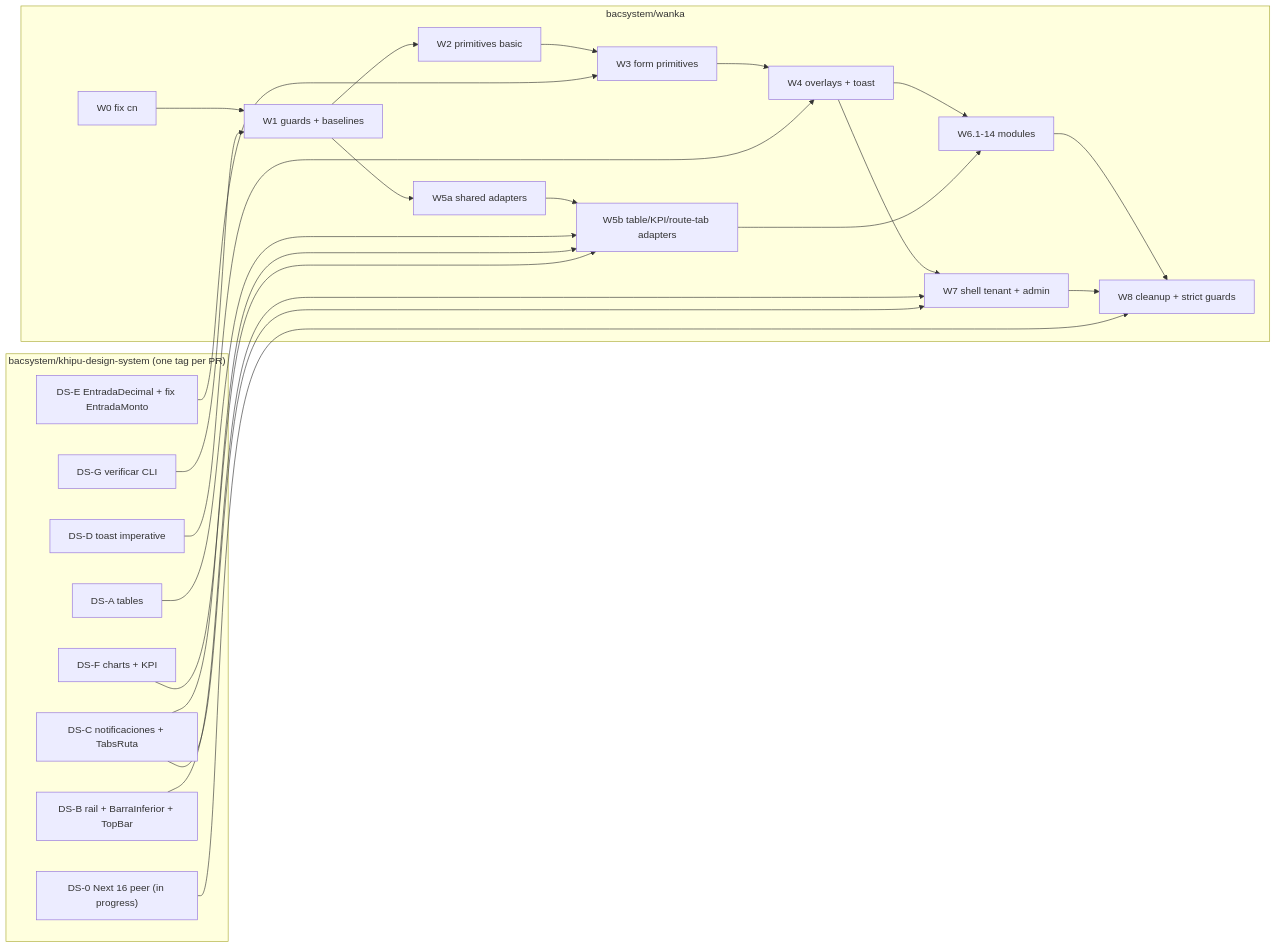
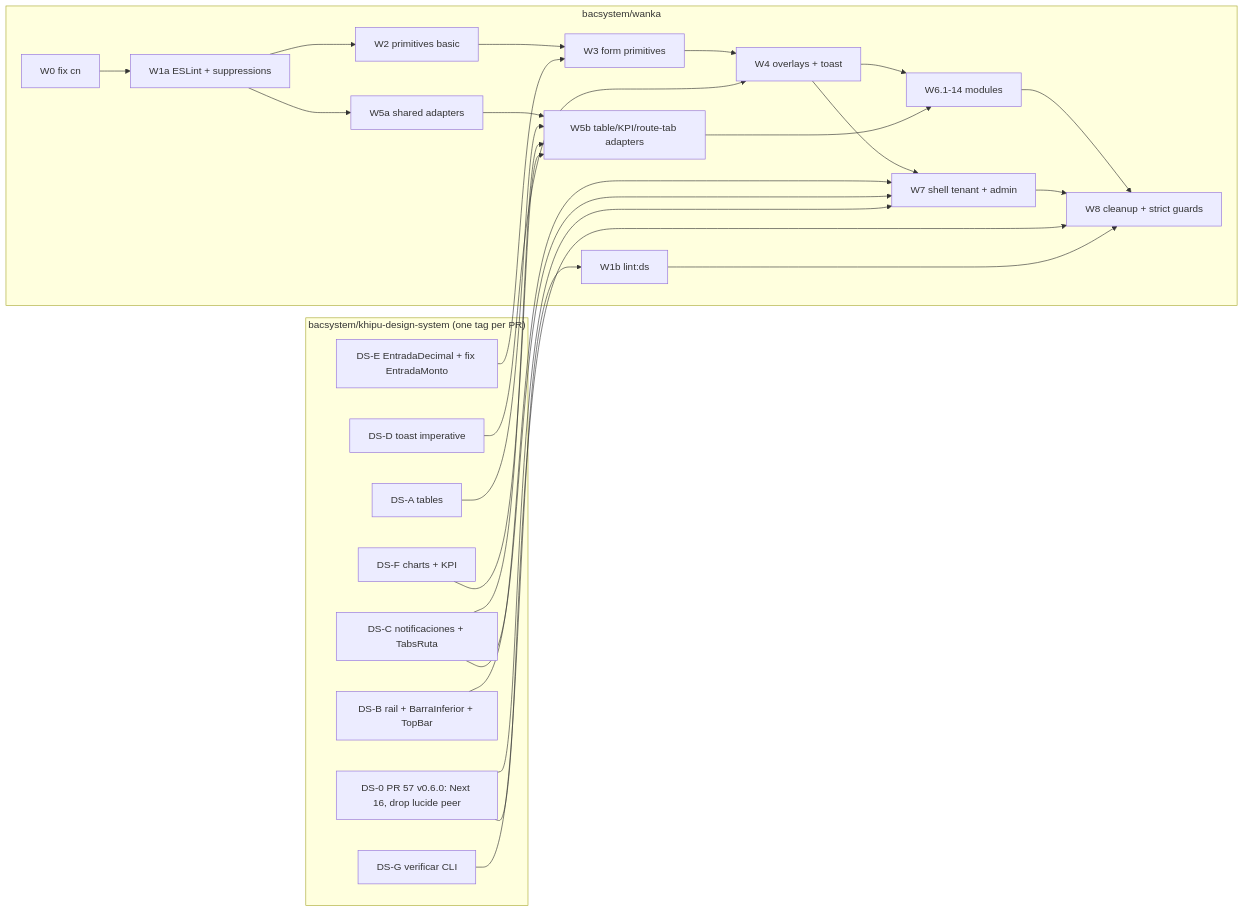
Before and after one commit to bacsystem/wanka: the diagram in docs/frontend-migration-khipu.mmd, drawn with Mermaid. The commit also changed 2 other files, not shown here.

```diff
--- a/docs/frontend-migration-khipu.mmd
+++ b/docs/frontend-migration-khipu.mmd
@@ -1,41 +1,44 @@
 flowchart LR
   subgraph DS["bacsystem/khipu-design-system (one tag per PR)"]
-    DS0["DS-0 Next 16 peer (in progress)"]
+    DS0["DS-0 PR 57 v0.6.0: Next 16, drop lucide peer"]
     DSG["DS-G verificar CLI"]
     DSA["DS-A tables"]
     DSB["DS-B rail + BarraInferior + TopBar"]
     DSC["DS-C notificaciones + TabsRuta"]
     DSD["DS-D toast imperative"]
     DSE["DS-E EntradaDecimal + fix EntradaMonto"]
     DSF["DS-F charts + KPI"]
   end
   subgraph W["bacsystem/wanka"]
     W0["W0 fix cn"]
-    W1["W1 guards + baselines"]
+    W1a["W1a ESLint + suppressions"]
+    W1b["W1b lint:ds"]
     W2["W2 primitives basic"]
     W3["W3 form primitives"]
     W4["W4 overlays + toast"]
     W5a["W5a shared adapters"]
     W5b["W5b table/KPI/route-tab adapters"]
     W6["W6.1-14 modules"]
     W7["W7 shell tenant + admin"]
     W8["W8 cleanup + strict guards"]
   end
-  W0 --> W1
-  DSG --> W1
-  W1 --> W2 --> W3 --> W4
-  W1 --> W5a
+  W0 --> W1a
+  DSG --> W1b
+  W1a --> W2 --> W3 --> W4
+  W1a --> W5a
   DSE --> W3
   DSD --> W4
   W5a --> W5b
   DSA --> W5b
   DSC --> W5b
   DSF --> W5b
   W4 --> W6
   W5b --> W6
   W4 --> W7
   DSB --> W7
   DSC --> W7
   W6 --> W8
   W7 --> W8
+  DS0 --> W7
   DS0 --> W8
+  W1b --> W8
```
